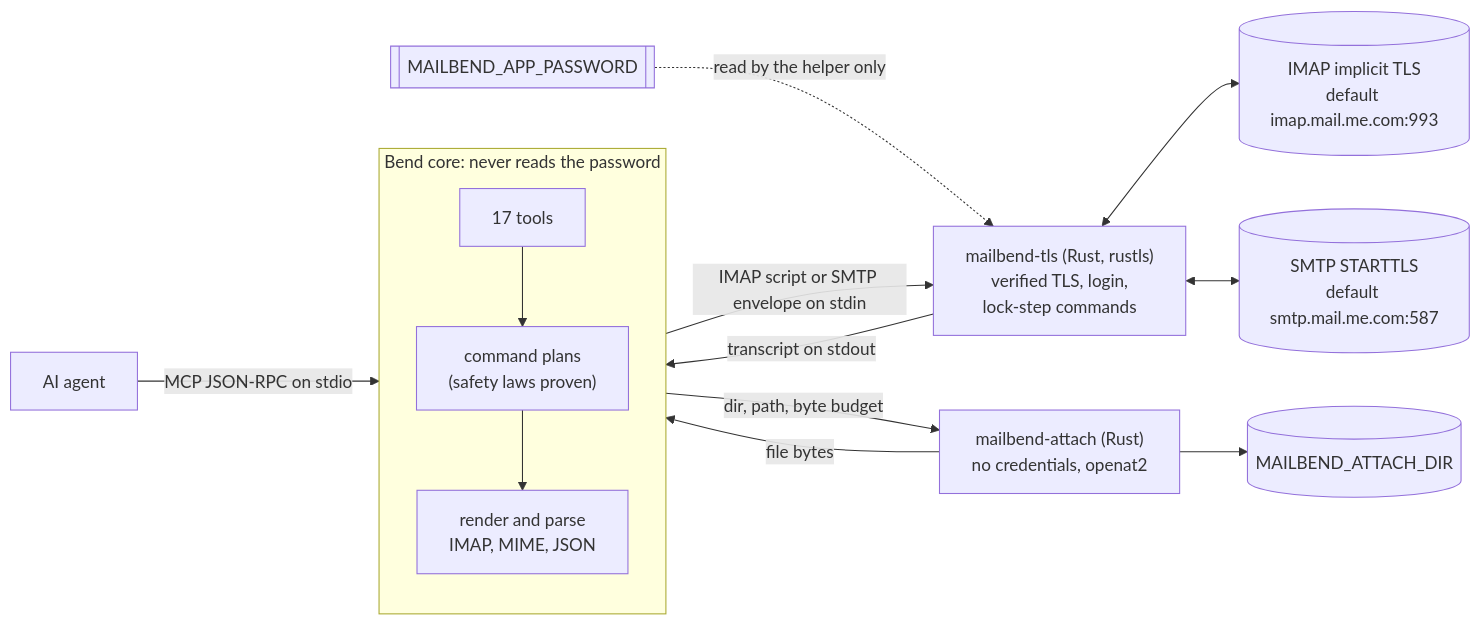
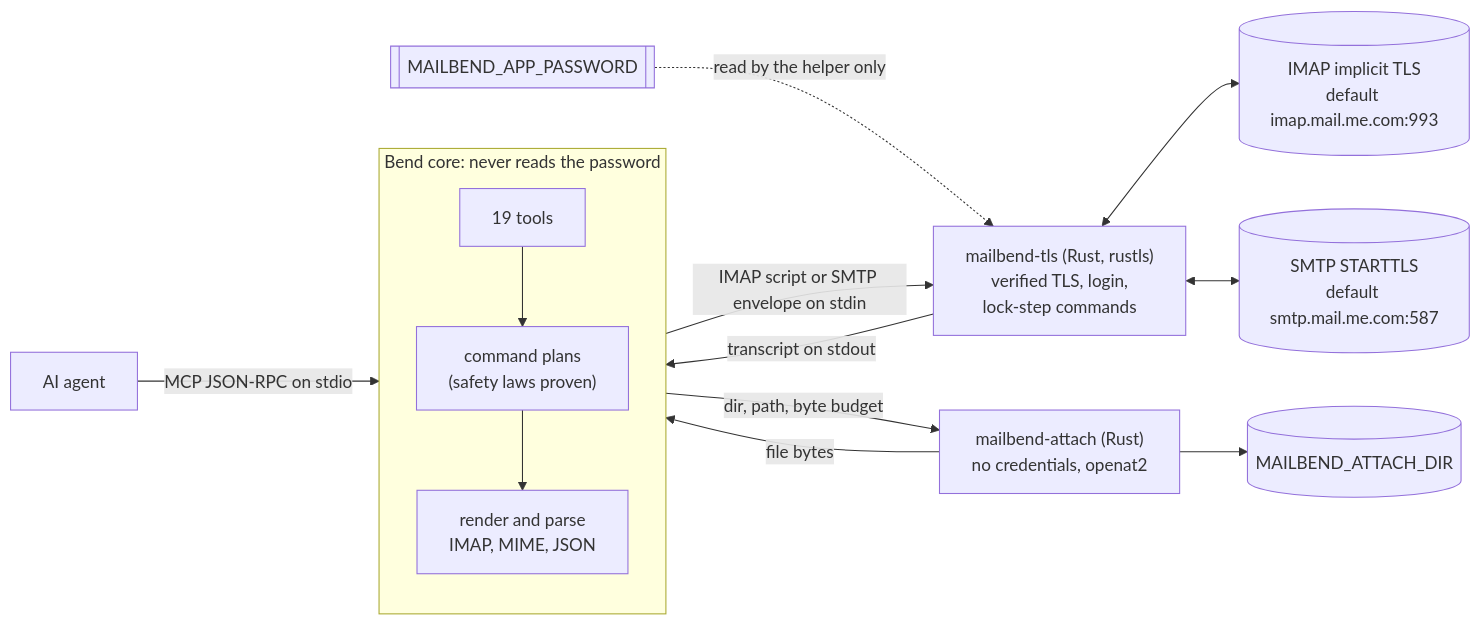
One commit to albertc71/MailBend changed the diagram in README.md. Above: the diagram before and after it, drawn with Mermaid. The commit also changed other lines of this file and 12 other files, not shown here.

````diff
--- a/README.md
+++ b/README.md
@@ -253,17 +262,17 @@
 ```mermaid
 flowchart LR
   agent["AI agent"] -- "MCP JSON-RPC on stdio" --> core
   subgraph core["Bend core: never reads the password"]
     direction TB
-    tools["17 tools"] --> plans["command plans<br/>(safety laws proven)"]
+    tools["19 tools"] --> plans["command plans<br/>(safety laws proven)"]
     plans --> parse["render and parse<br/>IMAP, MIME, JSON"]
   end
   core -- "IMAP script or SMTP envelope on stdin" --> helper["mailbend-tls (Rust, rustls)<br/>verified TLS, login,<br/>lock-step commands"]
   helper -- "transcript on stdout" --> core
   helper <--> imap[("IMAP implicit TLS<br/>default imap.mail.me.com:993")]
   helper <--> smtp[("SMTP STARTTLS<br/>default smtp.mail.me.com:587")]
   secrets[["MAILBEND_APP_PASSWORD"]] -. "read by the helper only" .-> helper
   core -- "dir, path, byte budget" --> reader["mailbend-attach (Rust)<br/>no credentials, openat2"]
   reader -- "file bytes" --> core
   reader --> files[("MAILBEND_ATTACH_DIR")]
 ```
````
